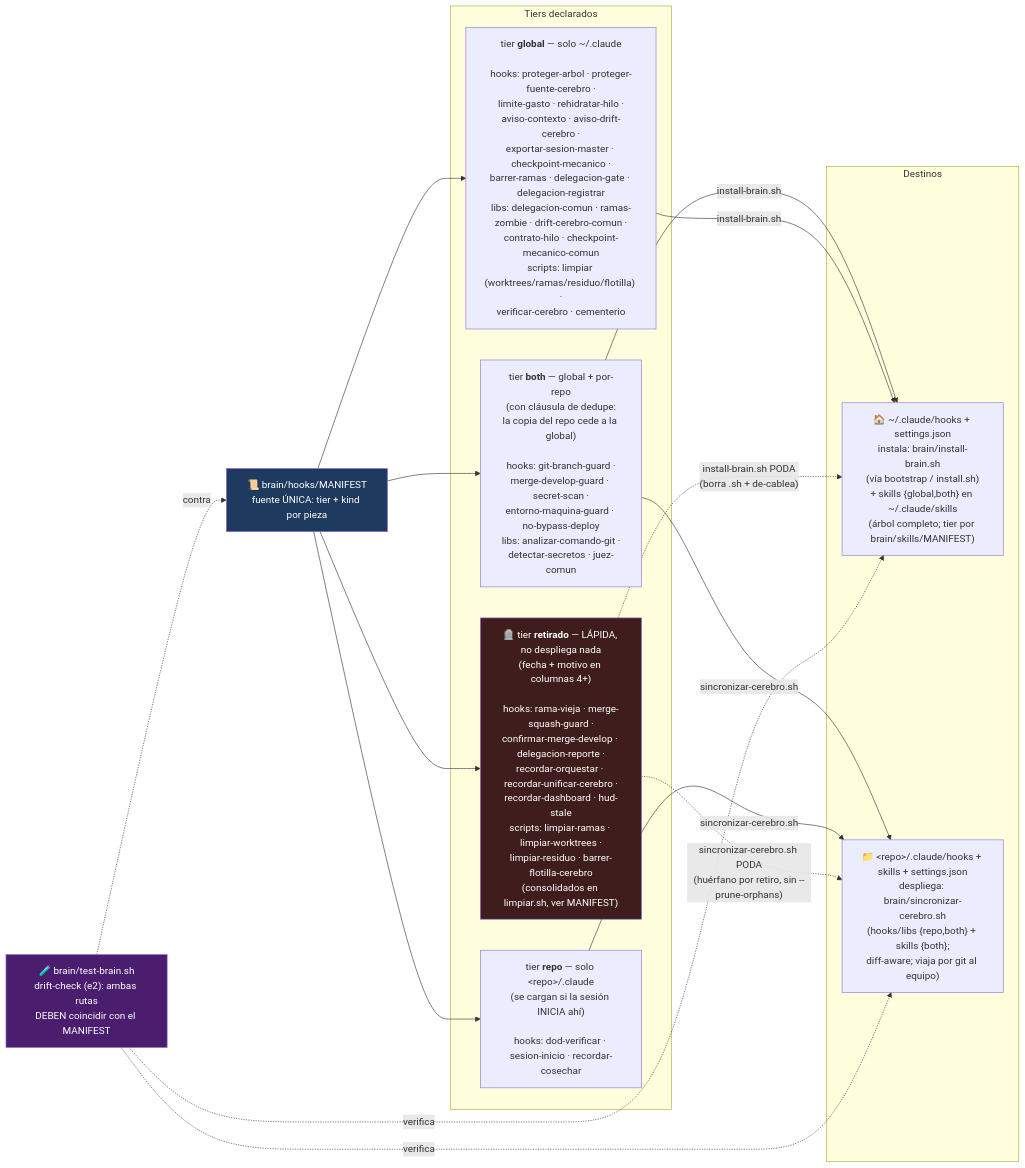
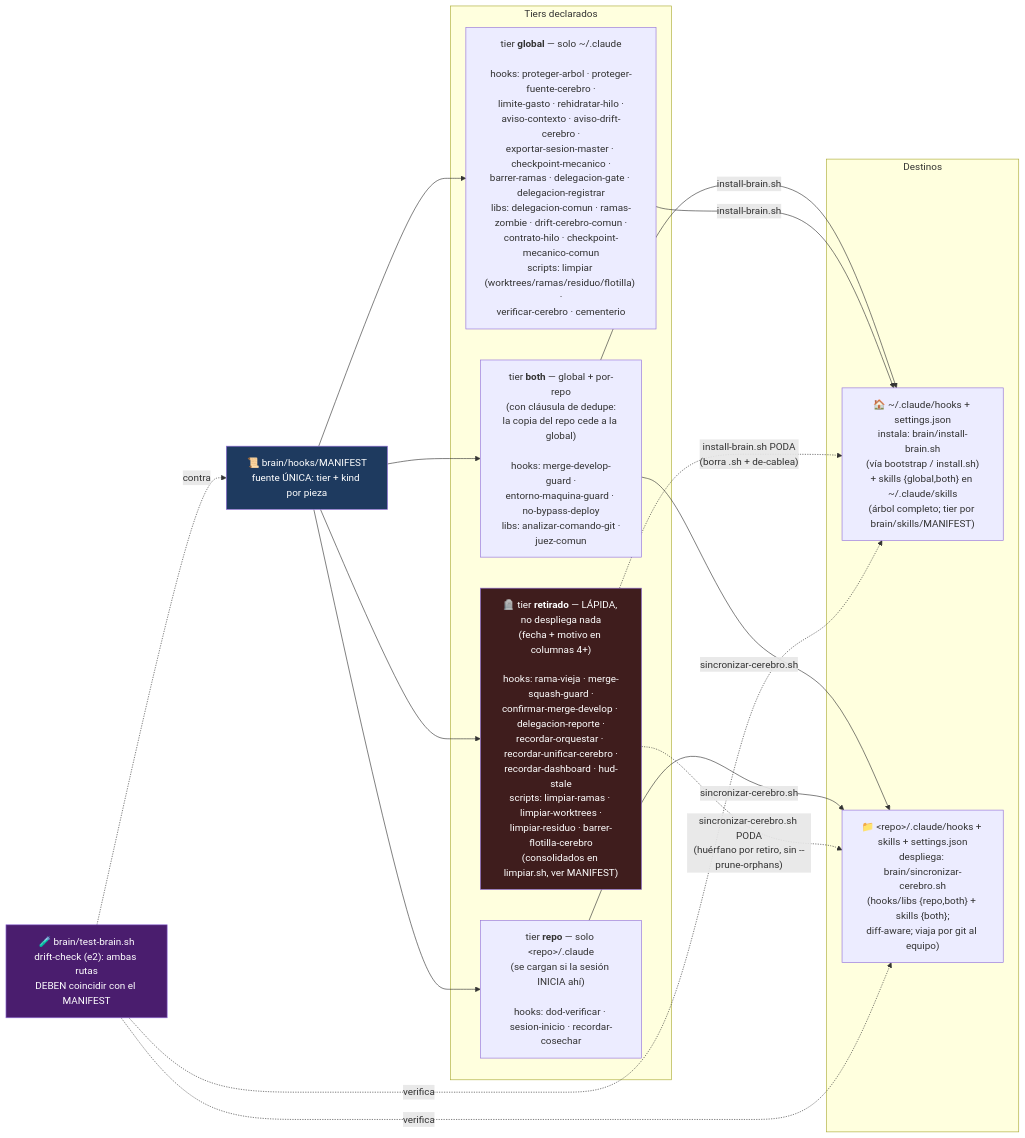
Before and after one commit to unjordi/cortex: the fourth of 4 diagrams in docs/mapa-cerebro.md, drawn with Mermaid. The commit also changed other lines of this file and 193 other files, not shown here.

````diff
--- a/docs/mapa-cerebro.md
+++ b/docs/mapa-cerebro.md
@@ -179,36 +171,36 @@
 ```mermaid
 flowchart LR
     MANIFEST["📜 brain/hooks/MANIFEST<br/>fuente ÚNICA: tier + kind por pieza"]
 
     subgraph tiers["Tiers declarados"]
-        BOTH["tier <b>both</b> — global + por-repo<br/>(con cláusula de dedupe:<br/>la copia del repo cede a la global)<br/><br/>hooks: git-branch-guard ·<br/>merge-develop-guard · secret-scan ·<br/>entorno-maquina-guard · no-bypass-deploy<br/>libs: analizar-comando-git ·<br/>detectar-secretos · juez-comun"]
+        BOTH["tier <b>both</b> — global + por-repo<br/>(con cláusula de dedupe:<br/>la copia del repo cede a la global)<br/><br/>hooks: merge-develop-guard ·<br/>entorno-maquina-guard · no-bypass-deploy<br/>libs: analizar-comando-git ·<br/>juez-comun"]
         GLOBAL["tier <b>global</b> — solo ~/.claude<br/><br/>hooks: proteger-arbol · proteger-fuente-cerebro ·<br/>limite-gasto · rehidratar-hilo ·<br/>aviso-contexto · aviso-drift-cerebro ·<br/>exportar-sesion-master · checkpoint-mecanico ·<br/>barrer-ramas · delegacion-gate · delegacion-registrar<br/>libs: delegacion-comun · ramas-zombie · drift-cerebro-comun ·<br/>contrato-hilo · checkpoint-mecanico-comun<br/>scripts: limpiar (worktrees/ramas/residuo/flotilla) ·<br/>verificar-cerebro · cementerio"]
         REPO["tier <b>repo</b> — solo &lt;repo&gt;/.claude<br/>(se cargan si la sesión INICIA ahí)<br/><br/>hooks: dod-verificar · sesion-inicio · recordar-cosechar"]
         RETIRADO["🪦 tier <b>retirado</b> — LÁPIDA, no despliega nada<br/>(fecha + motivo en columnas 4+)<br/><br/>hooks: rama-vieja · merge-squash-guard ·<br/>confirmar-merge-develop · delegacion-reporte ·<br/>recordar-orquestar · recordar-unificar-cerebro ·<br/>recordar-dashboard · hud-stale<br/>scripts: limpiar-ramas · limpiar-worktrees ·<br/>limpiar-residuo · barrer-flotilla-cerebro<br/>(consolidados en limpiar.sh, ver MANIFEST)"]
     end
 
     subgraph destinos["Destinos"]
         GDIR["🏠 ~/.claude/hooks + settings.json<br/>instala: brain/install-brain.sh<br/>(vía bootstrap / install.sh)<br/>+ skills {global,both} en ~/.claude/skills<br/>(árbol completo; tier por brain/skills/MANIFEST)"]
         RDIR["📁 &lt;repo&gt;/.claude/hooks + skills + settings.json<br/>despliega: brain/sincronizar-cerebro.sh<br/>(hooks/libs {repo,both} + skills {both};<br/>diff-aware; viaja por git al equipo)"]
     end
 
     TEST["🧪 brain/test-brain.sh<br/>drift-check (e2): ambas rutas<br/>DEBEN coincidir con el MANIFEST"]
 
     MANIFEST --> BOTH
     MANIFEST --> GLOBAL
     MANIFEST --> REPO
     MANIFEST --> RETIRADO
     BOTH -->|"install-brain.sh"| GDIR
     BOTH -->|"sincronizar-cerebro.sh"| RDIR
     GLOBAL -->|"install-brain.sh"| GDIR
     REPO -->|"sincronizar-cerebro.sh"| RDIR
     RETIRADO -.->|"install-brain.sh PODA<br/>(borra .sh + de-cablea)"| GDIR
     RETIRADO -.->|"sincronizar-cerebro.sh PODA<br/>(huérfano por retiro, sin --prune-orphans)"| RDIR
     TEST -.->|verifica| GDIR
     TEST -.->|verifica| RDIR
     TEST -.->|contra| MANIFEST
 
     style MANIFEST fill:#1e3a5f,color:#fff
     style TEST fill:#4a1d6e,color:#fff
     style RETIRADO fill:#3f1d1d,color:#fff
 ```
````
